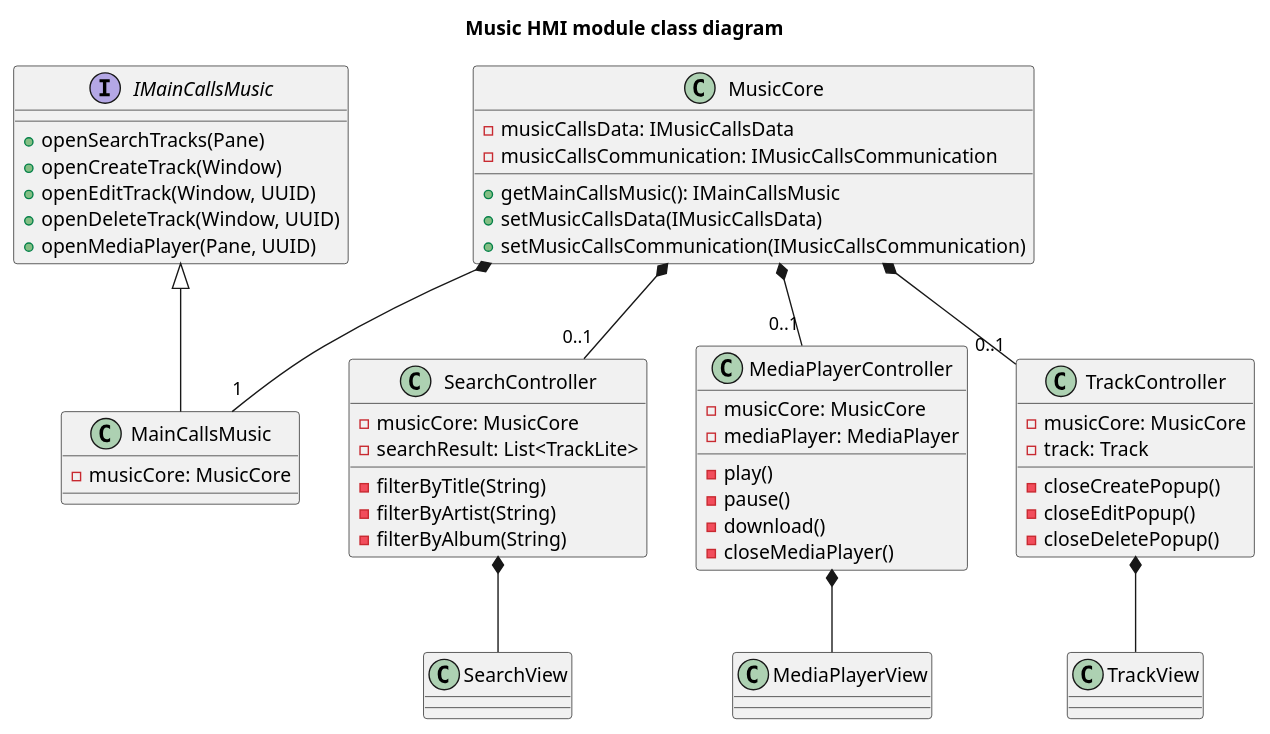
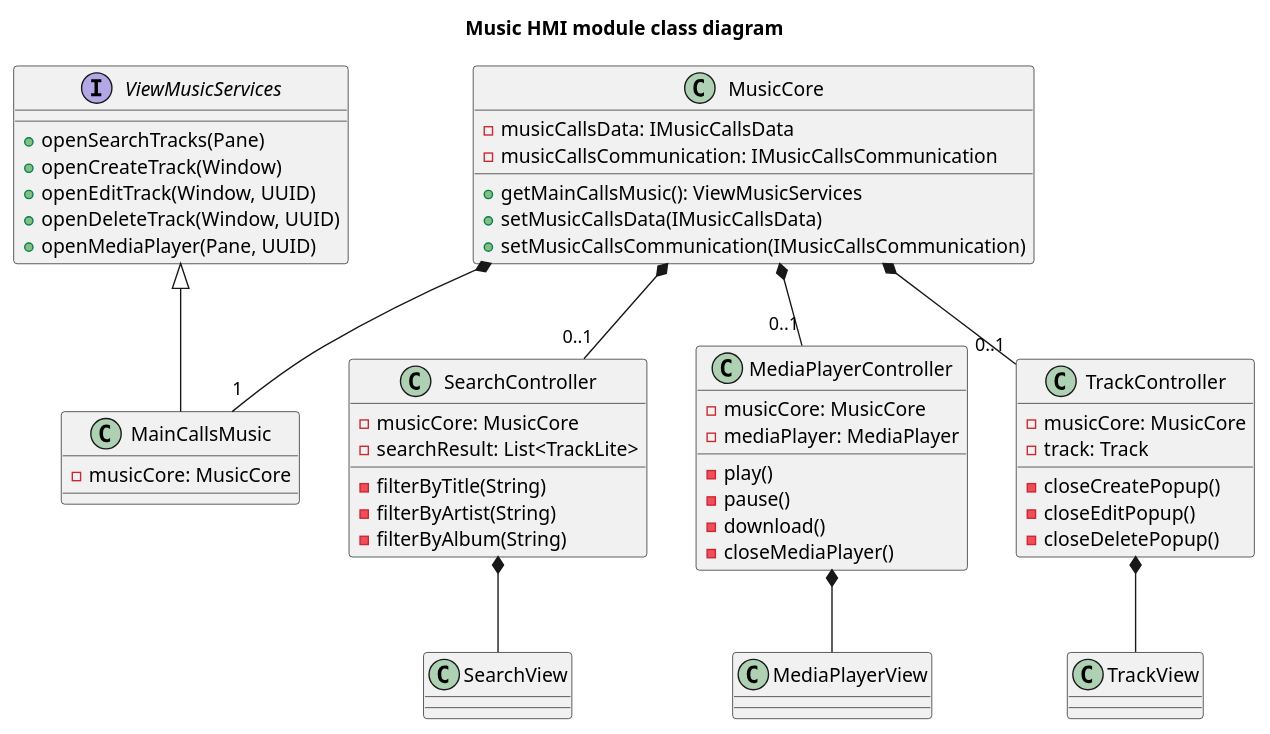
Before and after one commit to UTCAI12/Diagrams: the diagram in class/hmi_music.puml, drawn with PlantUML. The commit also changed 2 other files, not shown here.

```diff
--- a/class/hmi_music.puml
+++ b/class/hmi_music.puml
@@ -1,96 +1,96 @@
 @startuml Music HMI module class diagram
 title Music HMI module class diagram
 
-interface IMainCallsMusic {
+interface ViewMusicServices  {
     + openSearchTracks(Pane)
     + openCreateTrack(Window)
     + openEditTrack(Window, UUID)
     + openDeleteTrack(Window, UUID)
     + openMediaPlayer(Pane, UUID)
 }
 
 class MainCallsMusic {
     - musicCore: MusicCore
 }
 
 class MusicCore {
     - musicCallsData: IMusicCallsData
     - musicCallsCommunication: IMusicCallsCommunication
-    + getMainCallsMusic(): IMainCallsMusic
+    + getMainCallsMusic(): ViewMusicServices 
     + setMusicCallsData(IMusicCallsData)
     + setMusicCallsCommunication(IMusicCallsCommunication)
 }
 
 class SearchController {
     - musicCore: MusicCore
     - searchResult: List<TrackLite>
     - filterByTitle(String)
     - filterByArtist(String)
     - filterByAlbum(String)
 }
 
 class SearchView {
 
 }
 
 class MediaPlayerController {
     - musicCore: MusicCore
     - mediaPlayer: MediaPlayer
     - play()
     - pause()
     - download()
     - closeMediaPlayer()
 }
 
 class MediaPlayerView {
 
 }
 
 class TrackController {
     - musicCore: MusicCore
     - track: Track
     - closeCreatePopup()
     - closeEditPopup()
     - closeDeletePopup()
 }
 
 class TrackView {
 
 }
 
 ' class PropertyChangeListener {
 
 ' }
 ' note top of PropertyChangeListener: Classe responsable de mettre en place les\nréactions aux événements du module Data.
 
 ' class PLCTrackList {
 '     + onNewTracks()
 '     + onTrackDeleted(Track)
 '     + onTrackUpdated(Track)
 ' }
 
 ' class PLCTrack {
 '     + onNewTrack(Track)
 '     + onTrackUpdated(Track)
 '     + onTrackDownloaded(Track)
 '     + onTrackReadyToPlay(Track)
 '     + onNewComment(Comment)
 '     + onNewRating(Rating)
 ' }
 
 ' PropertyChangeListener <|-- PLCTrackList
 ' PropertyChangeListener <|-- PLCTrack
 
-IMainCallsMusic <|-- MainCallsMusic
+ViewMusicServices  <|-- MainCallsMusic
 
 MusicCore *-- "1" MainCallsMusic
 
 MusicCore *-- "0..1" SearchController
 MusicCore *-- "0..1" MediaPlayerController
 MusicCore *-- "0..1" TrackController
 
 SearchController *-- SearchView
 MediaPlayerController *-- MediaPlayerView
 TrackController *-- TrackView
 
 @enduml
```
